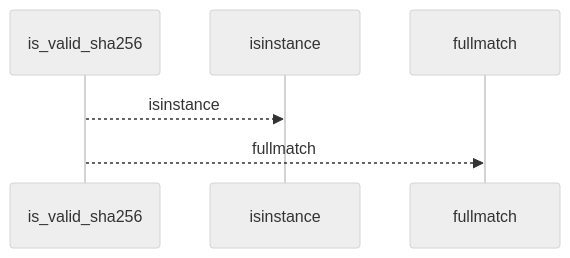
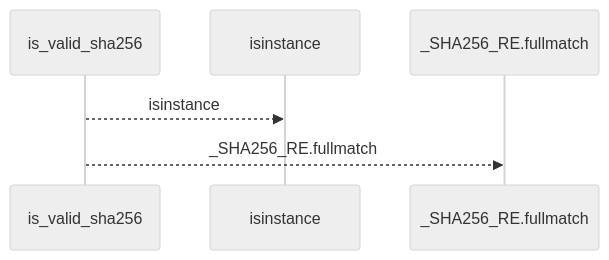
One commit to Denissvgn/python-wiki-llm changed the first of 2 diagrams in docs/llm_wiki/flows/api-is_valid_sha256.md. Above: the diagram before and after it, drawn with Mermaid (neutral theme). The commit also changed other lines of this file and 719 other files, not shown here.

````diff
--- a/docs/llm_wiki/flows/api-is_valid_sha256.md
+++ b/docs/llm_wiki/flows/api-is_valid_sha256.md
@@ -10,8 +10,8 @@
 ```mermaid
 sequenceDiagram
     participant p0 as is_valid_sha256
     participant p1 as isinstance
-    participant p2 as fullmatch
+    participant p2 as _SHA256_RE.fullmatch
     p0-->>p1: isinstance
-    p0-->>p2: fullmatch
+    p0-->>p2: _SHA256_RE.fullmatch
 ```
````
